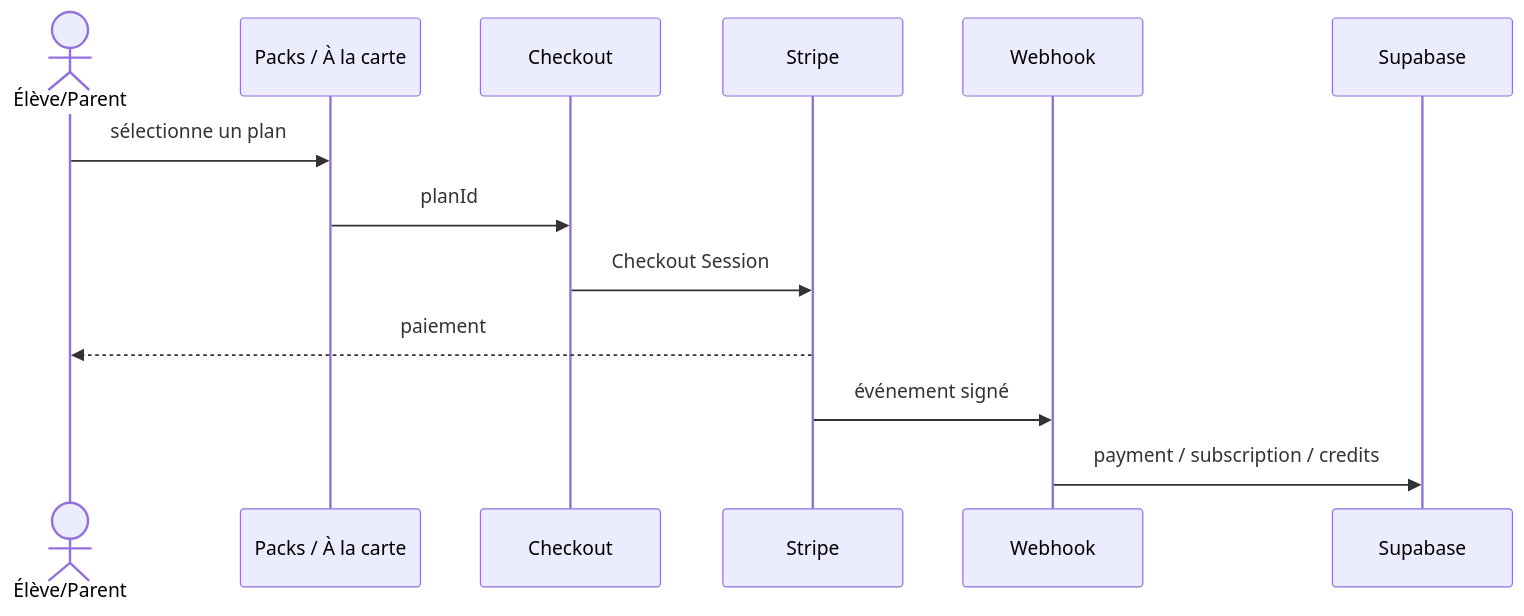
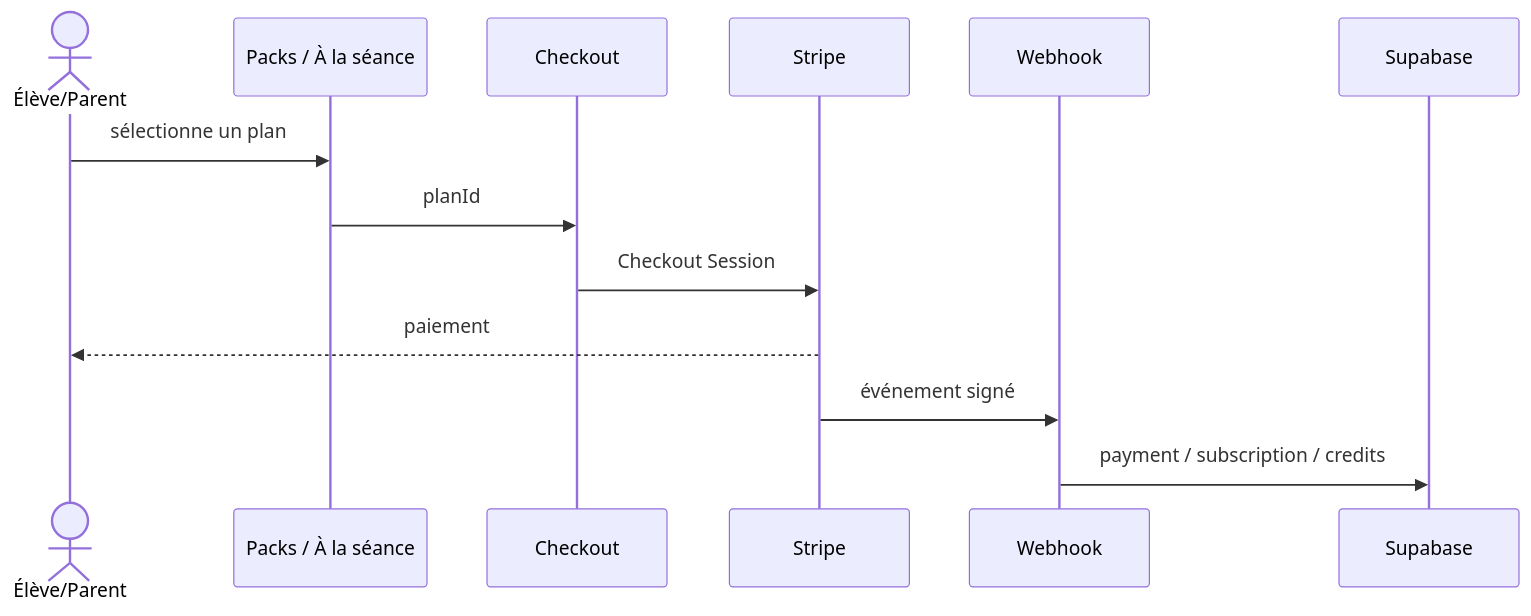
One commit to LordVERTON/SIKASCHOOL-website changed the third of 6 diagrams in docs/WORKFLOWS.md. Above: the diagram before and after it, drawn with Mermaid. The commit also changed other lines of this file and 87 other files, not shown here.

````diff
--- a/docs/WORKFLOWS.md
+++ b/docs/WORKFLOWS.md
@@ -53,15 +59,15 @@
 ```mermaid
 sequenceDiagram
   actor U as Élève/Parent
-  participant UI as Packs / À la carte
+  participant UI as Packs / À la séance
   participant API as Checkout
   participant S as Stripe
   participant WH as Webhook
   participant DB as Supabase
   U->>UI: sélectionne un plan
   UI->>API: planId
   API->>S: Checkout Session
   S-->>U: paiement
   S->>WH: événement signé
   WH->>DB: payment / subscription / credits
 ```
````
